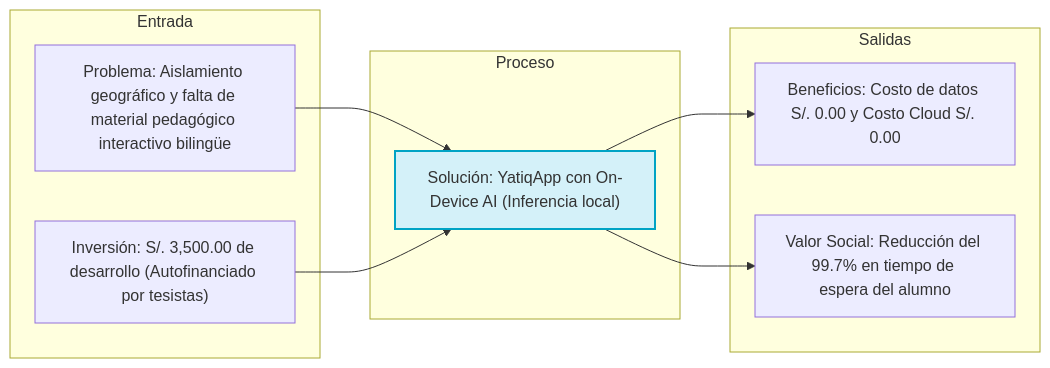
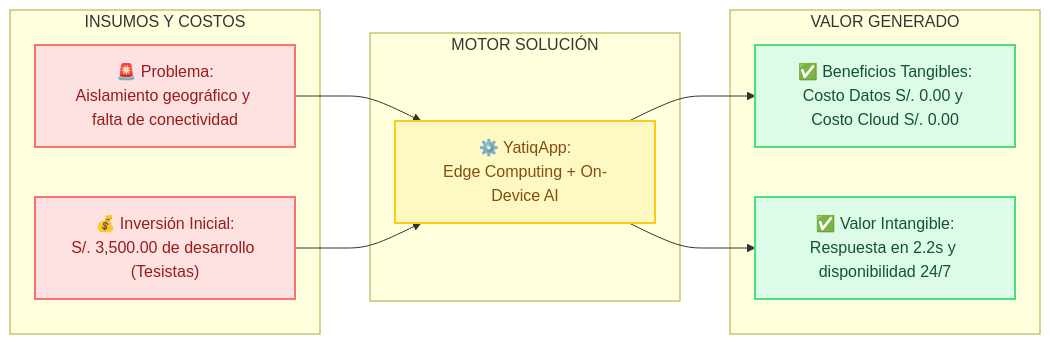
Before and after one commit to jhanslarico11/Perfil-de-Egreso: the second of 4 diagrams in docs/ChristianRafaelMamaniCallata/entregable2.md, drawn with Mermaid. The commit also changed other lines of this file and 4 other files, not shown here.

Commit message:
Personalización visual y estilización de los diagramas Mermaid

````diff
--- a/docs/ChristianRafaelMamaniCallata/entregable2.md
+++ b/docs/ChristianRafaelMamaniCallata/entregable2.md
@@ -159,23 +156,25 @@
 ```mermaid
 graph LR
-    subgraph Entrada
-        P["Problema: Aislamiento geográfico y falta de material pedagógico interactivo bilingüe"]
-        I["Inversión: S/. 3,500.00 de desarrollo (Autofinanciado por tesistas)"]
+    classDef in fill:#fee2e2,stroke:#f87171,stroke-width:2px,color:#991b1b;
+    classDef proc fill:#fef9c3,stroke:#facc15,stroke-width:2px,color:#854d0e;
+    classDef out fill:#dcfce7,stroke:#4ade80,stroke-width:2px,color:#14532d;
+
+    subgraph INSUMOS Y COSTOS
+        P["🚨 Problema:<br>Aislamiento geográfico y falta de conectividad"]:::in
+        I["💰 Inversión Inicial:<br>S/. 3,500.00 de desarrollo (Tesistas)"]:::in
     end
 
-    subgraph Proceso
-        S["Solución: YatiqApp con On-Device AI (Inferencia local)"]
+    subgraph MOTOR SOLUCIÓN
+        S["⚙️ YatiqApp:<br>Edge Computing + On-Device AI"]:::proc
     end
 
-    subgraph Salidas
-        B["Beneficios: Costo de datos S/. 0.00 y Costo Cloud S/. 0.00"]
-        V["Valor Social: Reducción del 99.7% en tiempo de espera del alumno"]
+    subgraph VALOR GENERADO
+        B["✅ Beneficios Tangibles:<br>Costo Datos S/. 0.00 y Costo Cloud S/. 0.00"]:::out
+        V["✅ Valor Intangible:<br>Respuesta en 2.2s y disponibilidad 24/7"]:::out
     end
 
     P --> S
     I --> S
     S --> B
     S --> V
-
-    style S fill:#d4f1f9,stroke:#00a3c4,stroke-width:2px;
 ```
````
